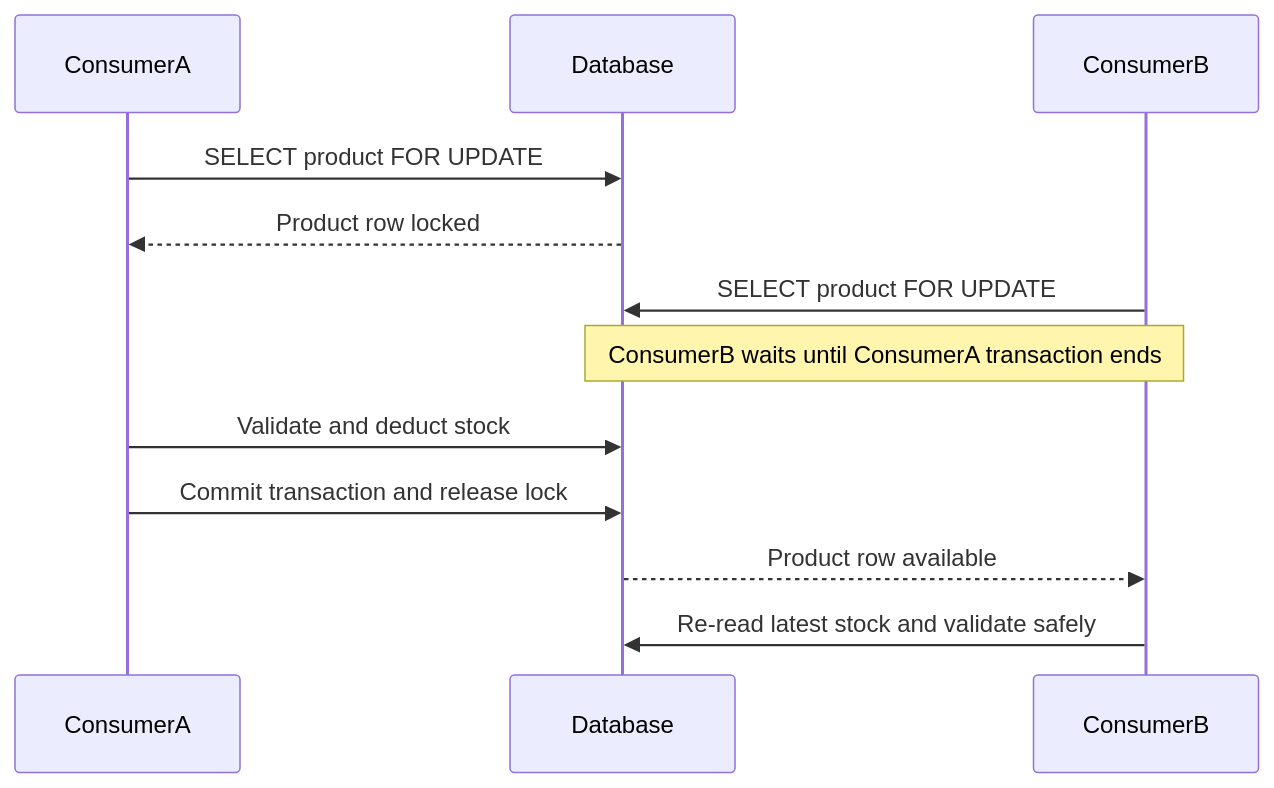
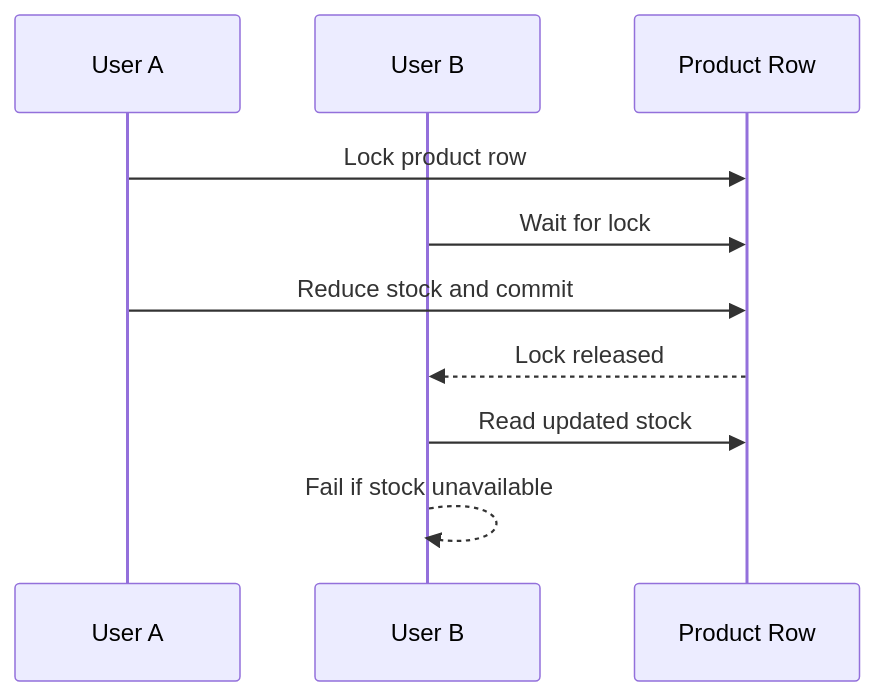
Before and after one commit to auditee/E-commerce-platform-using-springboot: the fifth of 9 diagrams in README.md, drawn with Mermaid. The commit also changed other lines of this file, not shown here.

````diff
--- a/README.md
+++ b/README.md
@@ -664,15 +246,13 @@
 ```mermaid
 sequenceDiagram
-    participant ConsumerA
-    participant Database
-    participant ConsumerB
+    participant U1 as User A
+    participant U2 as User B
+    participant DB as Product Row
 
-    ConsumerA->>Database: SELECT product FOR UPDATE
-    Database-->>ConsumerA: Product row locked
-    ConsumerB->>Database: SELECT product FOR UPDATE
-    Note over ConsumerB,Database: ConsumerB waits until ConsumerA transaction ends
-    ConsumerA->>Database: Validate and deduct stock
-    ConsumerA->>Database: Commit transaction and release lock
-    Database-->>ConsumerB: Product row available
-    ConsumerB->>Database: Re-read latest stock and validate safely
+    U1->>DB: Lock product row
+    U2->>DB: Wait for lock
+    U1->>DB: Reduce stock and commit
+    DB-->>U2: Lock released
+    U2->>DB: Read updated stock
+    U2-->>U2: Fail if stock unavailable
 ```
````
